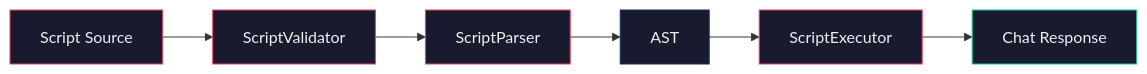
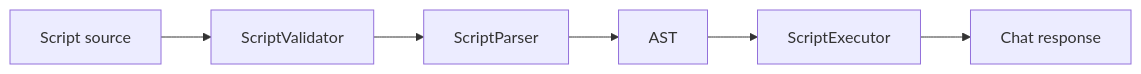
The first of 2 diagrams in docs/COMMANDS.md (decatrondev/decatron), drawn with Mermaid before and after one commit. The commit also changed other lines of this file and 14 other files, not shown here.

````diff
--- a/docs/COMMANDS.md
+++ b/docs/COMMANDS.md
@@ -161,15 +197,8 @@
 ```mermaid
 flowchart LR
-    A[Script Source] --> B[ScriptValidator]
+    A[Script source] --> B[ScriptValidator]
     B --> C[ScriptParser]
     C --> D[AST]
     D --> E[ScriptExecutor]
-    E --> F[Chat Response]
-
-    style A fill:#1a1a2e,stroke:#e94560,color:#eee
-    style B fill:#1a1a2e,stroke:#e94560,color:#eee
-    style C fill:#1a1a2e,stroke:#e94560,color:#eee
-    style D fill:#1a1a2e,stroke:#0f3460,color:#eee
-    style E fill:#1a1a2e,stroke:#e94560,color:#eee
-    style F fill:#1a1a2e,stroke:#16c79a,color:#eee
+    E --> F[Chat response]
 ```
````
